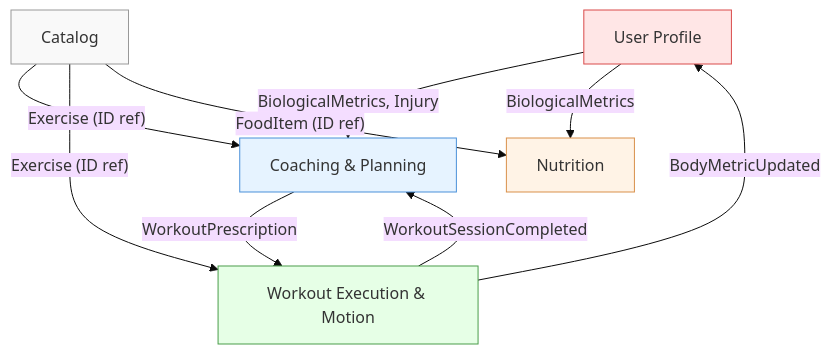
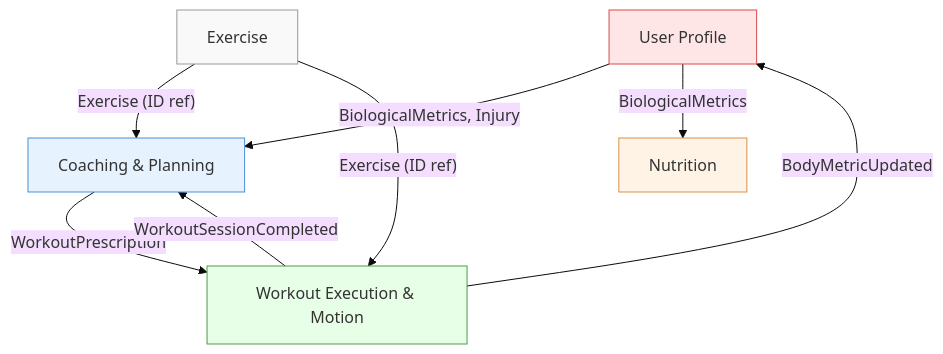
One commit to viethung213/gym-companion changed the diagram in docs/02_bounded_context.md. Above: the diagram before and after it, drawn with Mermaid (base theme). The commit also changed other lines of this file and 9 other files, not shown here.

First line of the commit message:
♻️ refactor(exercise): rename catalog to exercise and move food items to nutrition

````diff
--- a/docs/02_bounded_context.md
+++ b/docs/02_bounded_context.md
@@ -104,26 +102,25 @@
 ```mermaid
 graph TD
     UP["User Profile"]
     CP["Coaching & Planning"]
     WEM["Workout Execution & Motion"]
     NU["Nutrition"]
-    CAT["Catalog"]
+    EX["Exercise"]
 
     UP -- "BiologicalMetrics, Injury" --> CP
     UP -- "BiologicalMetrics" --> NU
 
-    CAT -- "Exercise (ID ref)" --> CP
-    CAT -- "Exercise (ID ref)" --> WEM
-    CAT -- "FoodItem (ID ref)" --> NU
+    EX -- "Exercise (ID ref)" --> CP
+    EX -- "Exercise (ID ref)" --> WEM
 
     CP -- "WorkoutPrescription" --> WEM
 
     WEM -- "WorkoutSessionCompleted" --> CP
     WEM -- "BodyMetricUpdated" --> UP
 
     style CP fill:#e6f3ff,stroke:#4a90d9
     style WEM fill:#e6ffe6,stroke:#4a9d4a
     style NU fill:#fff3e6,stroke:#d9904a
     style UP fill:#ffe6e6,stroke:#d94a4a
-    style CAT fill:#f9f9f9,stroke:#999
+    style EX fill:#f9f9f9,stroke:#999
 ```
````
